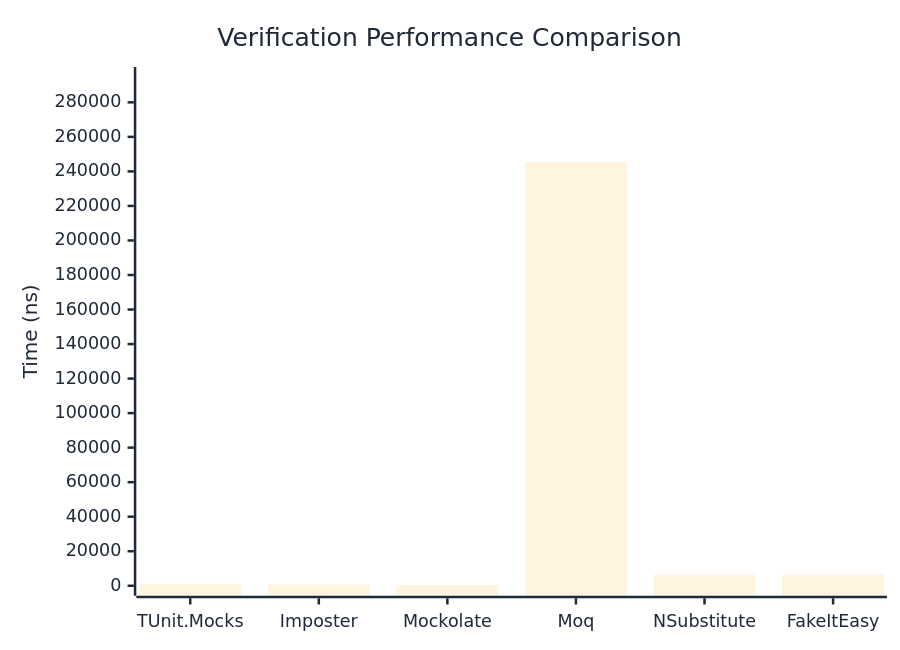
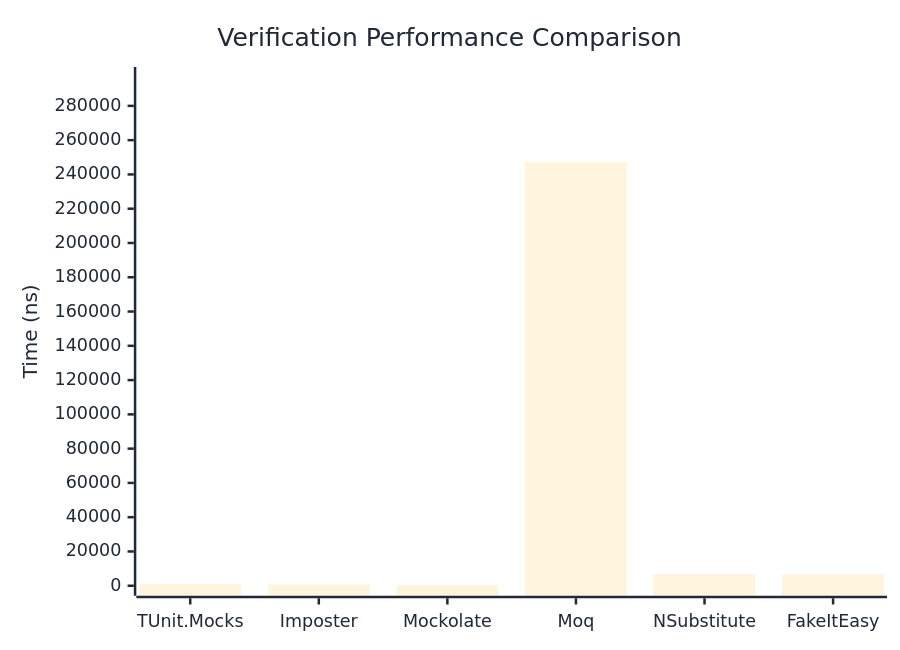
Before and after one commit to thomhurst/TUnit: the first of 3 diagrams in docs/docs/benchmarks/mocks/Verification.md, drawn with Mermaid. The commit also changed other lines of this file and 14 other files, not shown here.

````diff
--- a/docs/docs/benchmarks/mocks/Verification.md
+++ b/docs/docs/benchmarks/mocks/Verification.md
@@ -30,27 +30,27 @@
 ```mermaid
 %%{init: {
   'theme':'base',
   'themeVariables': {
     'primaryColor': '#2563eb',
     'primaryTextColor': '#1f2937',
     'primaryBorderColor': '#1e40af',
     'lineColor': '#6b7280',
     'secondaryColor': '#7c3aed',
     'tertiaryColor': '#dc2626',
     'background': '#ffffff',
     'pie1': '#2563eb',
     'pie2': '#7c3aed',
     'pie3': '#dc2626',
     'pie4': '#f59e0b',
     'pie5': '#10b981',
     'pie6': '#06b6d4',
     'pie7': '#ec4899',
     'pie8': '#6366f1'
   }
 }}%%
 xychart-beta
   title "Verification Performance Comparison"
   x-axis ["TUnit.Mocks", "Imposter", "Mockolate", "Moq", "NSubstitute", "FakeItEasy"]
-  y-axis "Time (ns)" 0 --> 294677
-  bar [758.72, 679.02, 397.41, 245563.37, 6397.46, 6404.63]
+  y-axis "Time (ns)" 0 --> 296846
+  bar [770.11, 709.62, 404.48, 247371.52, 6795.07, 6673.16]
 ```
````
